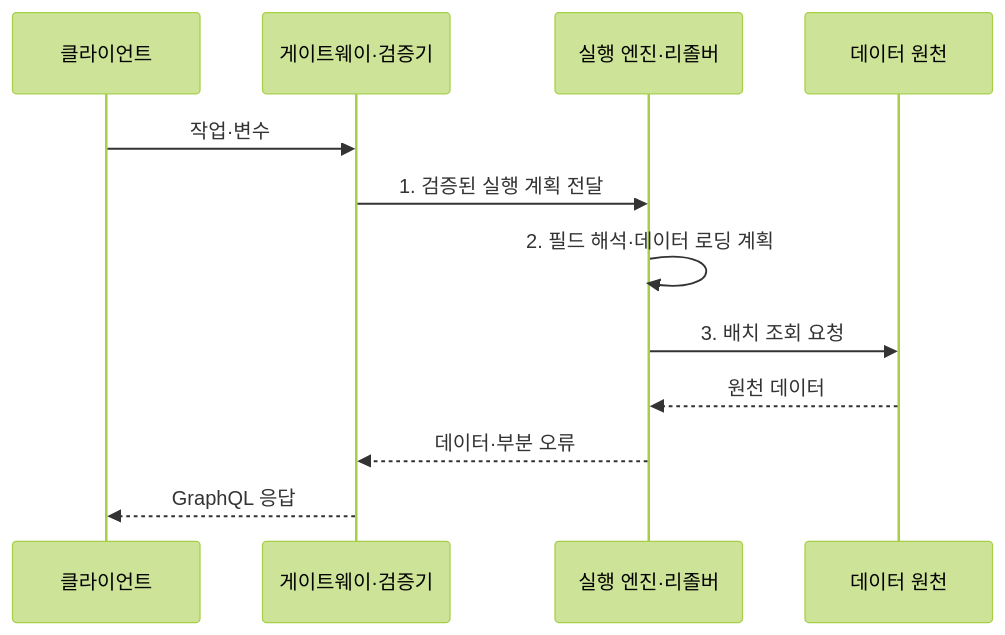
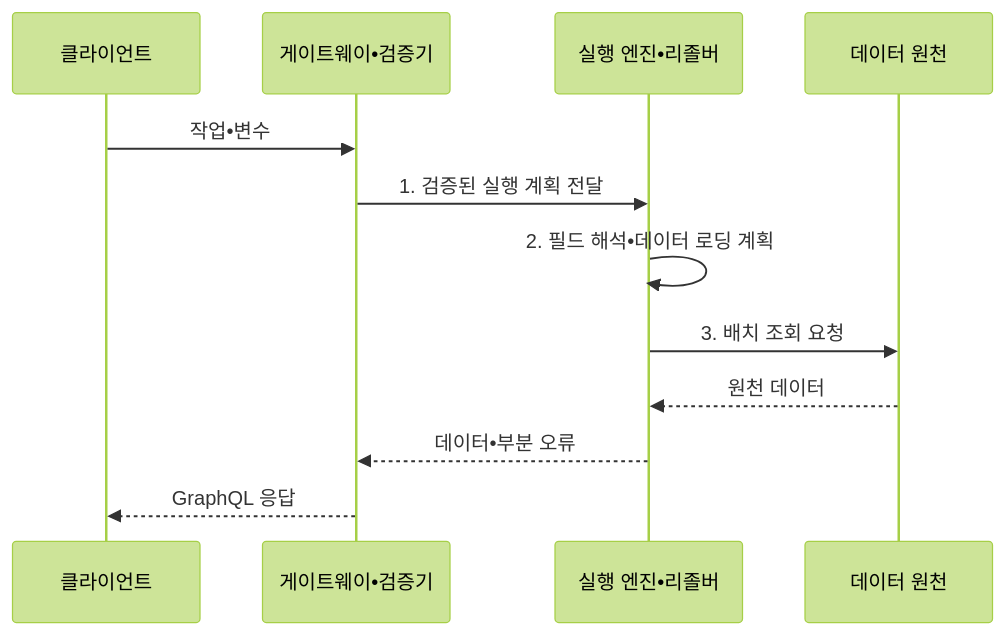
The second of 2 diagrams in src/content/docs/notes/03-software/172_graphql.md (agnusdei1207/knowledge-base), drawn with Mermaid (forest theme) before and after one commit. The commit also changed other lines of this file and 953 other files, not shown here.

````diff
--- a/src/content/docs/notes/03-software/172_graphql.md
+++ b/src/content/docs/notes/03-software/172_graphql.md
@@ -106,14 +106,14 @@
 ```mermaid
 sequenceDiagram
     participant C as 클라이언트
-    participant G as 게이트웨이·검증기
-    participant E as 실행 엔진·리졸버
+    participant G as 게이트웨이•검증기
+    participant E as 실행 엔진•리졸버
     participant D as 데이터 원천
-    C->>G: 작업·변수
+    C->>G: 작업•변수
     G->>E: 1. 검증된 실행 계획 전달
-    E->>E: 2. 필드 해석·데이터 로딩 계획
+    E->>E: 2. 필드 해석•데이터 로딩 계획
     E->>D: 3. 배치 조회 요청
     D-->>E: 원천 데이터
-    E-->>G: 데이터·부분 오류
+    E-->>G: 데이터•부분 오류
     G-->>C: GraphQL 응답
 ```
````
